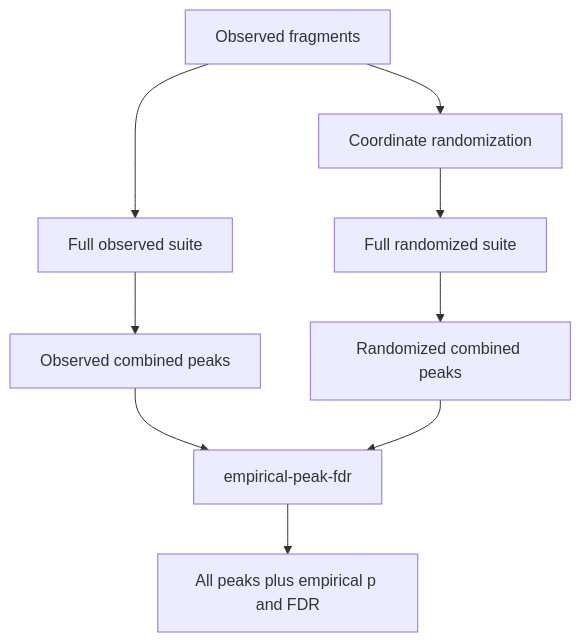
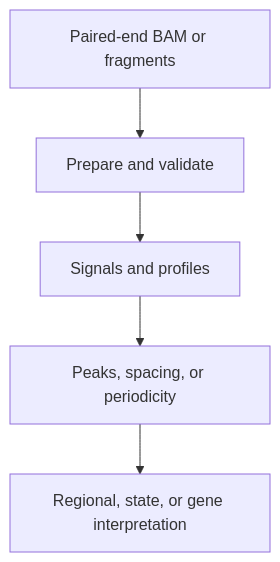
Before and after one commit to adjohnston85/NucleoSuite: the first of 2 diagrams in docs/WORKFLOWS.md, drawn with Mermaid. The commit also changed other lines of this file and 71 other files, not shown here.

````diff
--- a/docs/WORKFLOWS.md
+++ b/docs/WORKFLOWS.md
@@ -43,11 +7,7 @@
 ```mermaid
-flowchart TB
-    A[Observed fragments] --> B[Full observed suite]
-    A --> C[Coordinate randomization]
-    C --> D[Full randomized suite]
-    B --> E[Observed combined peaks]
-    D --> F[Randomized combined peaks]
-    E --> G[empirical-peak-fdr]
-    F --> G
-    G --> H[All peaks plus empirical p and FDR]
+flowchart TD
+    A[Paired-end BAM or fragments] --> B[Prepare and validate]
+    B --> C[Signals and profiles]
+    C --> D[Peaks, spacing, or periodicity]
+    D --> E[Regional, state, or gene interpretation]
 ```
````
